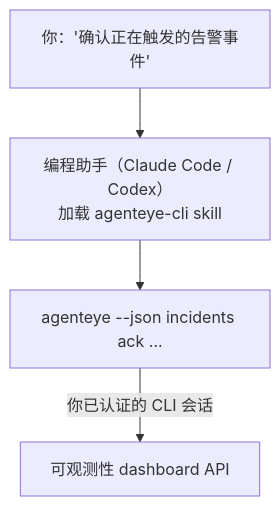
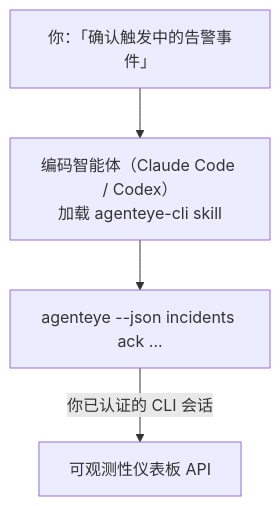
One commit to FailproofAI/failproofai changed the diagram in docs/zh/agenteye/cli-skill.mdx. Above: the diagram before and after it, drawn with Mermaid. The commit also changed other lines of this file and 654 other files, not shown here.

````diff
--- a/docs/zh/agenteye/cli-skill.mdx
+++ b/docs/zh/agenteye/cli-skill.mdx
@@ -28,6 +28,6 @@
 ```mermaid
 flowchart TD
-    YOU["你：'确认正在触发的告警事件'"] --> AGENT["编程助手（Claude Code / Codex）<br/>加载 agenteye-cli skill"]
+    YOU["你：「确认触发中的告警事件」"] --> AGENT["编码智能体（Claude Code / Codex）<br/>加载 agenteye-cli skill"]
     AGENT --> CLI["agenteye --json incidents ack ..."]
-    CLI -->|你已认证的 CLI 会话| API["可观测性 dashboard API"]
+    CLI -->|你已认证的 CLI 会话| API["可观测性仪表板 API"]
 ```
````
